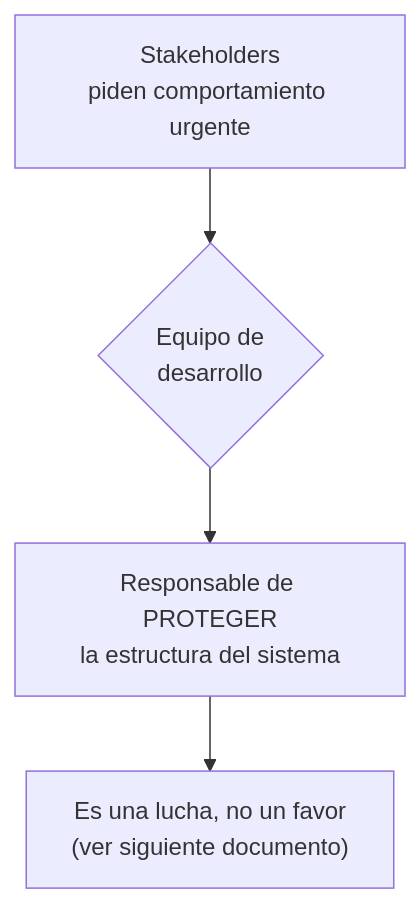
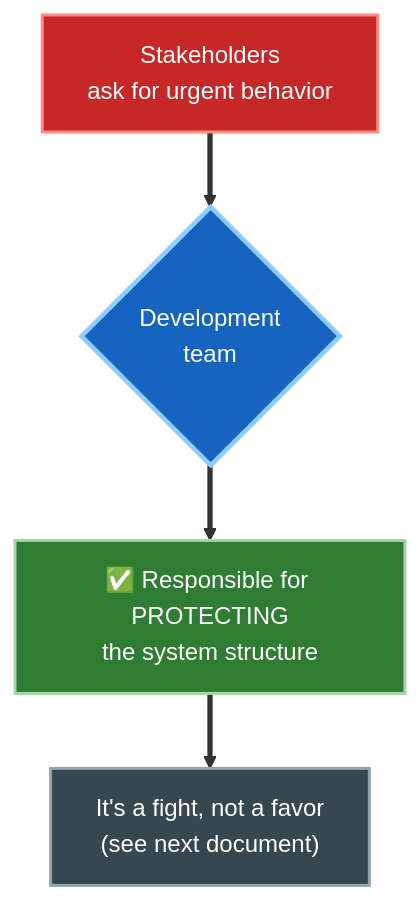
Before and after one commit to JavierMachucaA/clean-architecture-guia: the third of 3 diagrams in 01-introduccion-y-vision-general/04-comportamiento-vs-estructura.md, drawn with Mermaid. The commit also changed other lines of this file and 45 other files, not shown here.

````diff
--- a/01-introduccion-y-vision-general/04-comportamiento-vs-estructura.md
+++ b/01-introduccion-y-vision-general/04-comportamiento-vs-estructura.md
@@ -69,6 +81,11 @@
 ```mermaid
 flowchart TD
-    S["Stakeholders<br/>piden comportamiento urgente"] --> D{"Equipo de<br/>desarrollo"}
-    D --> R["Responsable de PROTEGER<br/>la estructura del sistema"]
-    R --> A["Es una lucha, no un favor<br/>(ver siguiente documento)"]
+    S["Stakeholders<br/>ask for urgent behavior"] ==> D{"Development<br/>team"}
+    D ==> R["✅ Responsible for PROTECTING<br/>the system structure"]
+    R ==> A["It's a fight, not a favor<br/>(see next document)"]
+
+    style S fill:#c62828,stroke:#ff8a80,color:#fff,stroke-width:2px
+    style D fill:#1565c0,stroke:#90caf9,color:#fff,stroke-width:3px
+    style R fill:#2e7d32,stroke:#a5d6a7,color:#fff,stroke-width:2px
+    style A fill:#37474f,stroke:#90a4ae,color:#fff,stroke-width:2px
 ```
````
